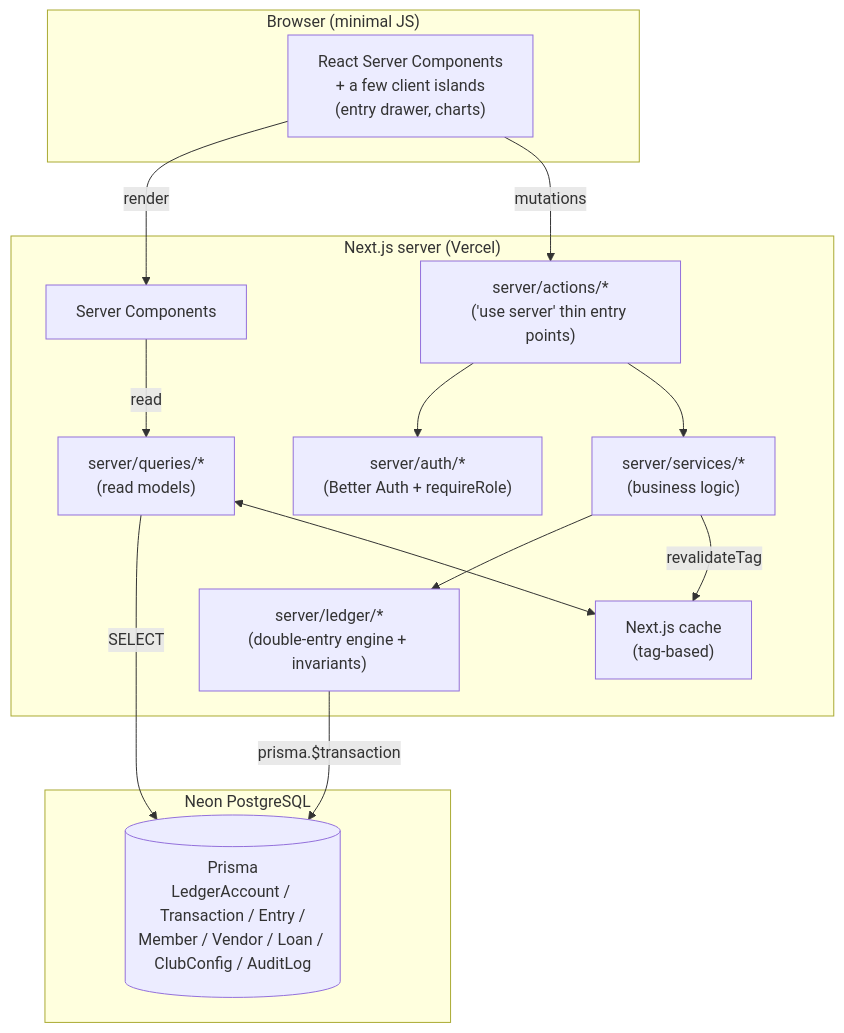
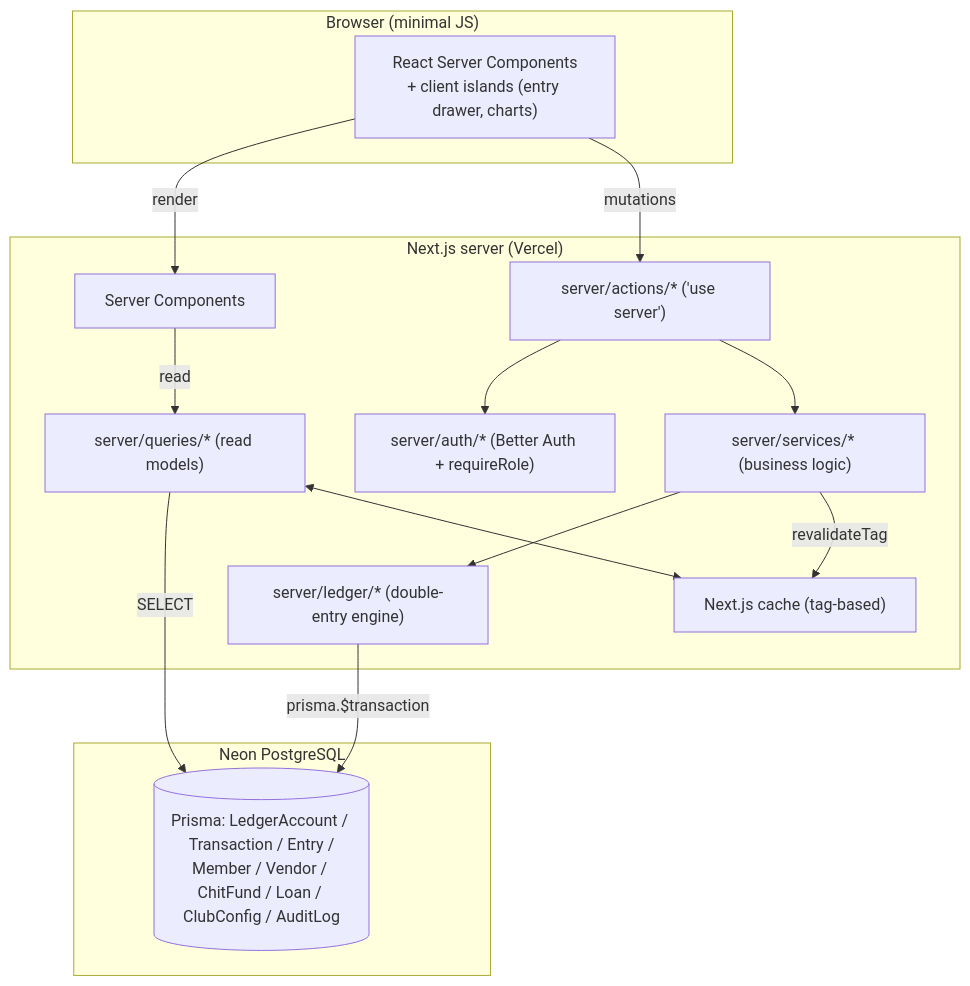
Before and after one commit to iam-hussain/peacock: the first of 7 diagrams in docs/IMPLEMENTATION_PLAN.md, drawn with Mermaid. The commit also changed other lines of this file, not shown here.

````diff
--- a/docs/IMPLEMENTATION_PLAN.md
+++ b/docs/IMPLEMENTATION_PLAN.md
@@ -187,31 +203,26 @@
 ```mermaid
 flowchart TD
   subgraph Client["Browser (minimal JS)"]
-    UI["React Server Components<br/>+ a few client islands<br/>(entry drawer, charts)"]
+    UI["React Server Components<br/>+ client islands (entry drawer, charts)"]
   end
-
   subgraph Server["Next.js server (Vercel)"]
     RSC["Server Components"]
-    ACT["server/actions/*<br/>('use server' thin entry points)"]
-    SVC["server/services/*<br/>(business logic)"]
-    LED["server/ledger/*<br/>(double-entry engine + invariants)"]
-    QRY["server/queries/*<br/>(read models)"]
-    AUTH["server/auth/*<br/>(Better Auth + requireRole)"]
-    CACHE["Next.js cache<br/>(tag-based)"]
+    ACT["server/actions/* ('use server')"]
+    SVC["server/services/* (business logic)"]
+    LED["server/ledger/* (double-entry engine)"]
+    QRY["server/queries/* (read models)"]
+    AUTH["server/auth/* (Better Auth + requireRole)"]
+    CACHE["Next.js cache (tag-based)"]
   end
-
   subgraph Data["Neon PostgreSQL"]
-    DB[("Prisma<br/>LedgerAccount / Transaction / Entry /<br/>Member / Vendor / Loan / ClubConfig / AuditLog")]
+    DB[("Prisma: LedgerAccount / Transaction / Entry /<br/>Member / Vendor / ChitFund / Loan / ClubConfig / AuditLog")]
   end
-
   UI -->|render| RSC
   RSC -->|read| QRY
   UI -->|mutations| ACT
   ACT --> AUTH
-  ACT --> SVC
-  SVC --> LED
-  LED -->|prisma.$transaction| DB
+  ACT --> SVC --> LED -->|prisma.$transaction| DB
   QRY -->|SELECT| DB
   QRY <--> CACHE
   SVC -->|revalidateTag| CACHE
 ```
````
